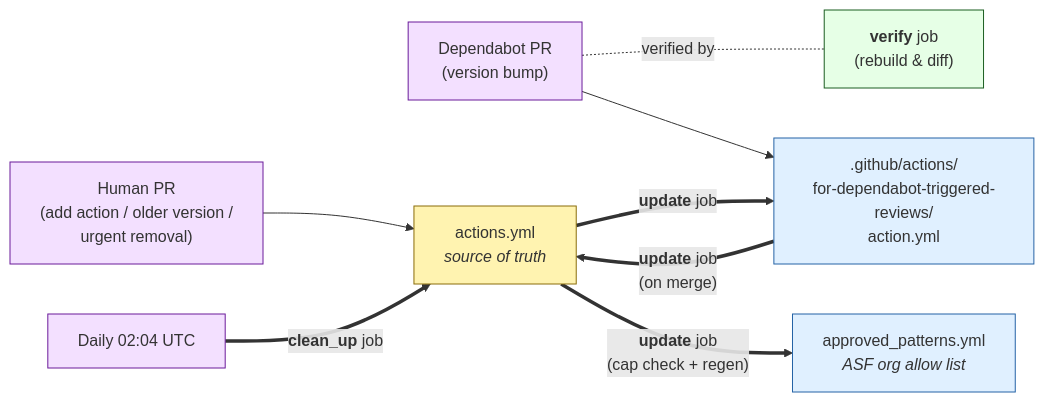
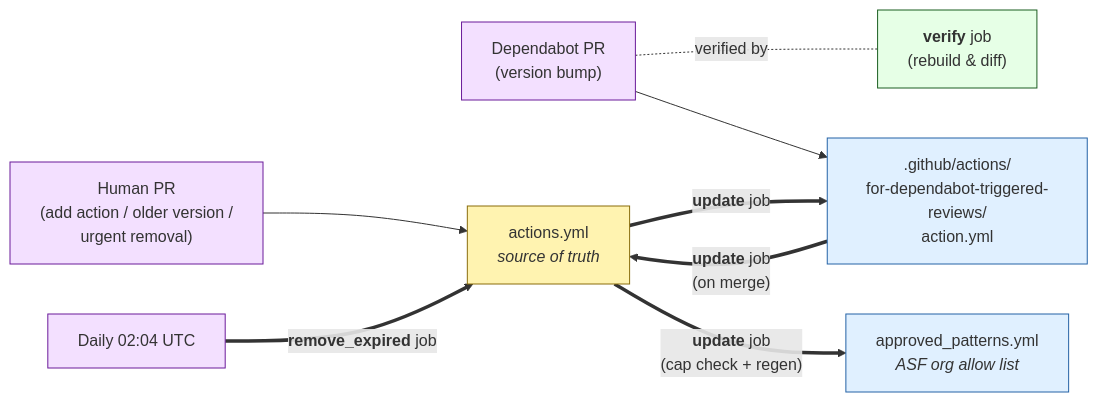
One commit to apache/infrastructure-actions changed the first of 4 diagrams in README.md. Above: the diagram before and after it, drawn with Mermaid. The commit also changed other lines of this file and 2 other files, not shown here.

First line of the commit message:
review-feedback: rename to update.yml, drop "former" prose, rename clean_up job

````diff
--- a/README.md
+++ b/README.md
@@ -110,29 +110,29 @@
 ```mermaid
 graph LR
     human["Human PR<br/>(add action / older version /<br/>urgent removal)"]
     dependabot["Dependabot PR<br/>(version bump)"]
     cron["Daily 02:04 UTC"]
 
     actions["actions.yml<br/><i>source of truth</i>"]
     composite[".github/actions/<br/>for-dependabot-triggered-reviews/<br/>action.yml"]
     approved["approved_patterns.yml<br/><i>ASF org allow list</i>"]
 
     human-->actions
     dependabot-->composite
     dependabot-.verified by.-verify["<b>verify</b> job<br/>(rebuild &amp; diff)"]
 
     composite=="<b>update</b> job<br/>(on merge)"==>actions
-    cron=="<b>clean_up</b> job"==>actions
+    cron=="<b>remove_expired</b> job"==>actions
 
     actions=="<b>update</b> job"==>composite
     actions=="<b>update</b> job<br/>(cap check + regen)"==>approved
 
     classDef source fill:#fff3b0,stroke:#8a6d0b,color:#333
     classDef generated fill:#e0f0ff,stroke:#2563a6,color:#333
     classDef trigger fill:#f3e0ff,stroke:#6a1b9a,color:#333
     classDef job fill:#e6ffe6,stroke:#1b5e20,color:#333
     class actions source
     class composite,approved generated
     class human,dependabot,cron trigger
     class verify job
 ```
````
